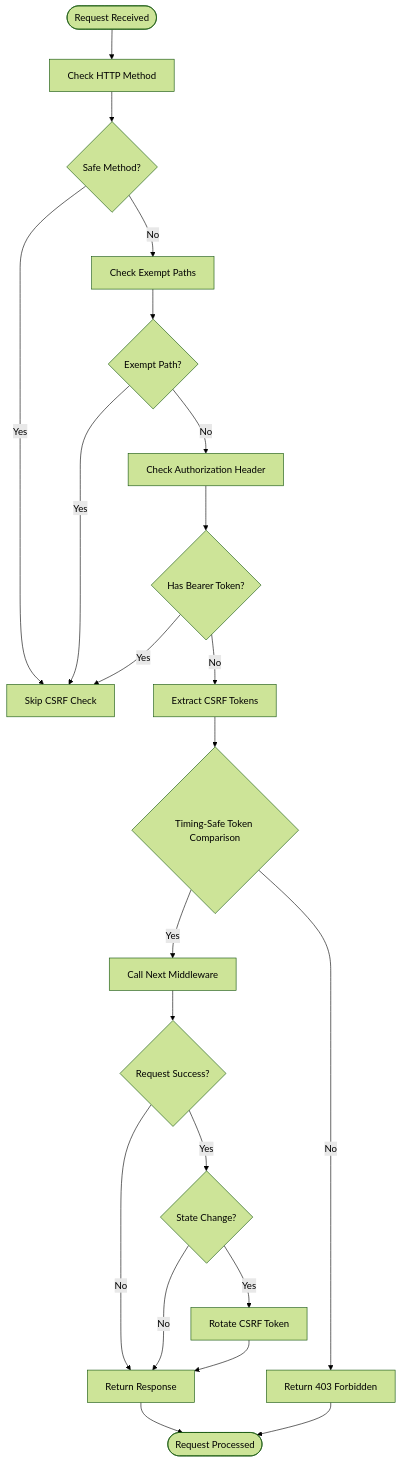
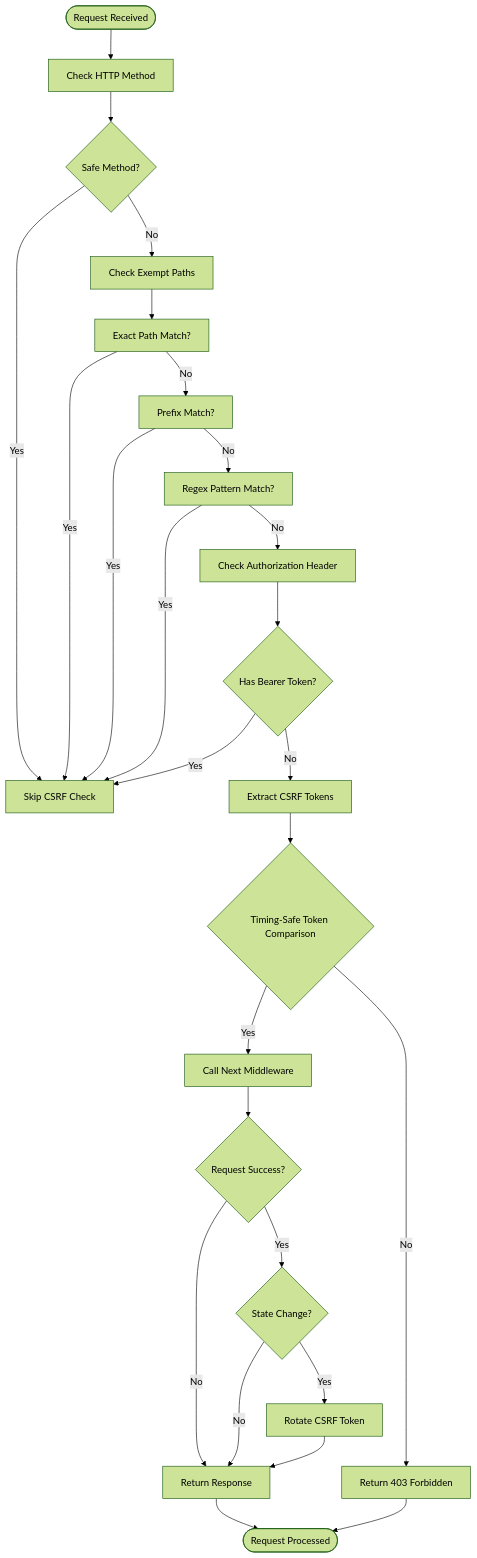
The fourth of 7 diagrams in .qoder/repowiki/en/content/Advanced Topics/Security Hardening/CSRF Protection Middleware.md (Revanththetalogics/aireume), drawn with Mermaid (forest theme) before and after one commit. The commit also changed other lines of this file and 4 other files, not shown here.

````diff
--- a/.qoder/repowiki/en/content/Advanced Topics/Security Hardening/CSRF Protection Middleware.md
+++ b/.qoder/repowiki/en/content/Advanced Topics/Security Hardening/CSRF Protection Middleware.md
@@ -172,24 +197,28 @@
 ```mermaid
 flowchart TD
 Start([Request Received]) --> CheckMethod["Check HTTP Method"]
 CheckMethod --> IsSafe{"Safe Method?"}
 IsSafe --> |Yes| SkipCSRF["Skip CSRF Check"]
 IsSafe --> |No| CheckExempt["Check Exempt Paths"]
-CheckExempt --> IsExempt{"Exempt Path?"}
-IsExempt --> |Yes| SkipCSRF
-IsExempt --> |No| CheckAuth["Check Authorization Header"]
+CheckExempt --> CheckExact["Exact Path Match?"]
+CheckExact --> |Yes| SkipCSRF
+CheckExact --> |No| CheckPrefix["Prefix Match?"]
+CheckPrefix --> |Yes| SkipCSRF
+CheckPrefix --> |No| CheckPattern["Regex Pattern Match?"]
+CheckPattern --> |Yes| SkipCSRF
+CheckPattern --> |No| CheckAuth["Check Authorization Header"]
 CheckAuth --> HasAuth{"Has Bearer Token?"}
 HasAuth --> |Yes| SkipCSRF
 HasAuth --> |No| ExtractTokens["Extract CSRF Tokens"]
 ExtractTokens --> ValidateTokens{"Timing-Safe Token Comparison"}
 ValidateTokens --> |No| Return403["Return 403 Forbidden"]
 ValidateTokens --> |Yes| CallNext["Call Next Middleware"]
 CallNext --> CheckSuccess{"Request Success?"}
 CheckSuccess --> |No| ReturnResponse["Return Response"]
 CheckSuccess --> |Yes| CheckStateChange{"State Change?"}
 CheckStateChange --> |No| ReturnResponse
 CheckStateChange --> |Yes| RotateToken["Rotate CSRF Token"]
 RotateToken --> ReturnResponse
 ReturnResponse --> End([Request Processed])
 Return403 --> End
 ```
````
